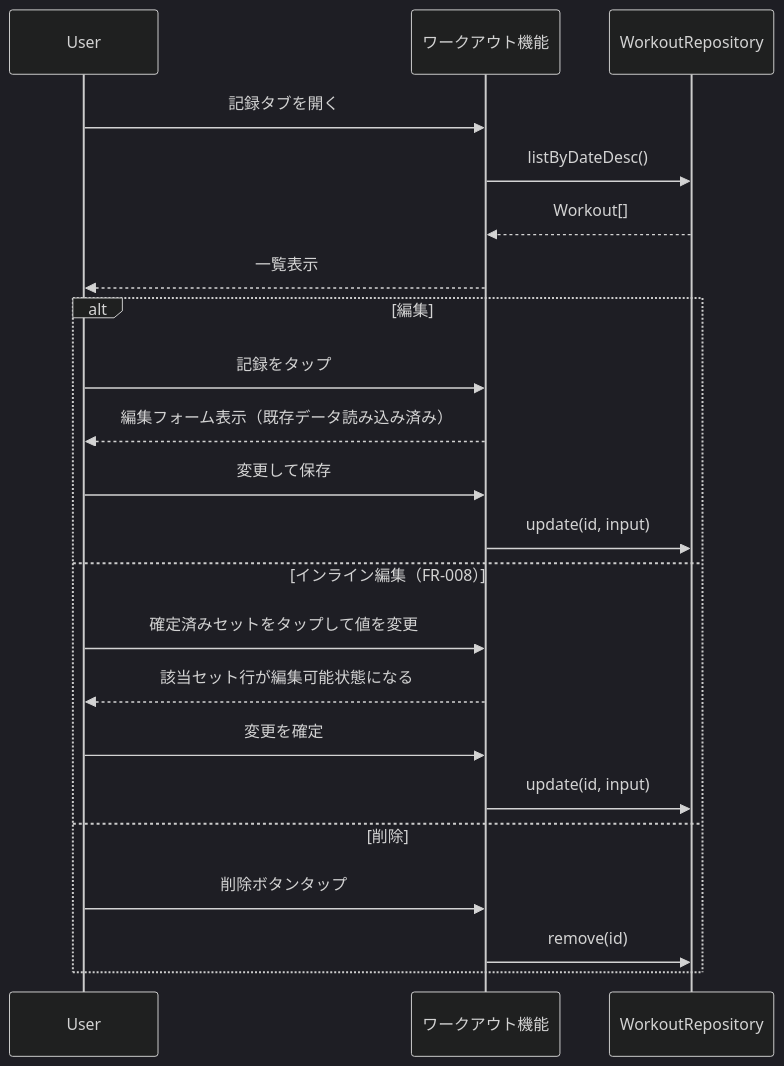
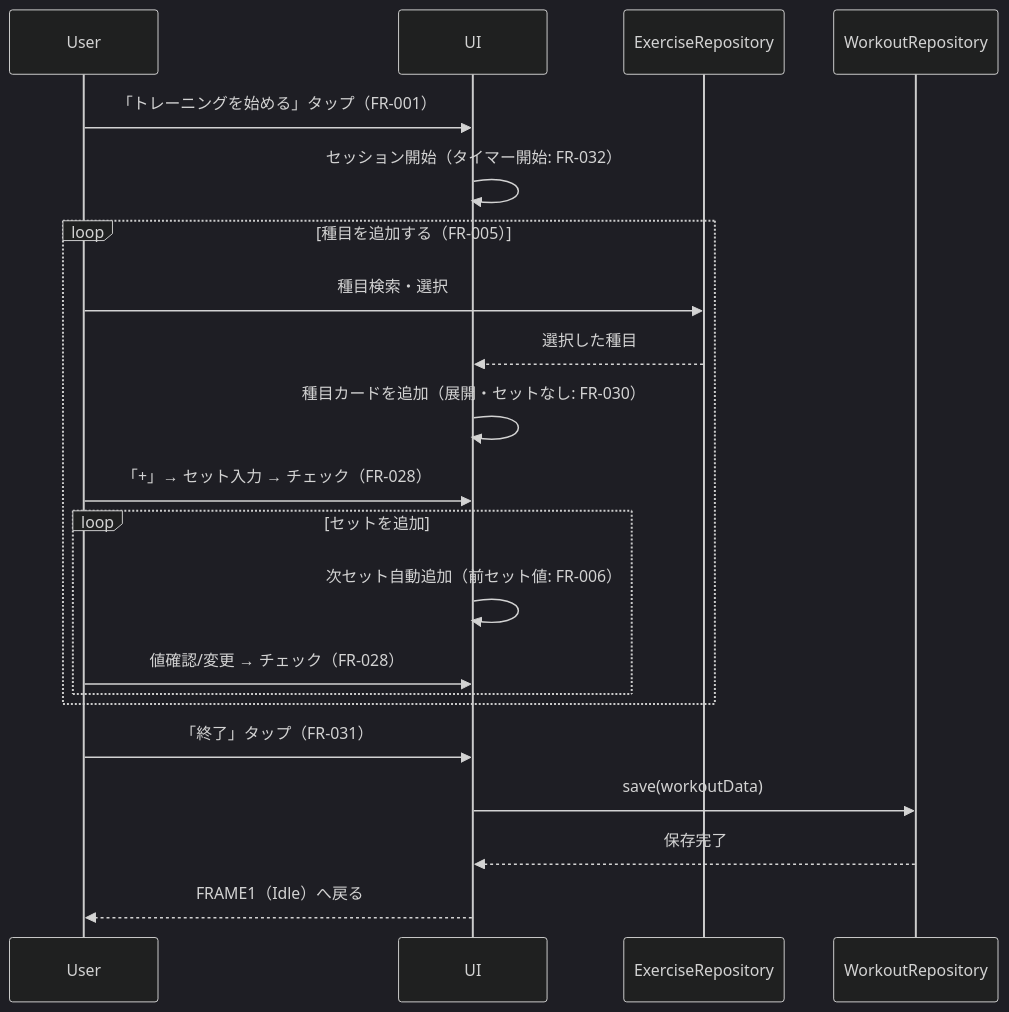
One commit to SakumaTakuya/gymini changed the fourth of 4 diagrams in .sdd/specification/workout/index_spec.md. Above: the diagram before and after it, drawn with Mermaid (dark theme). The commit also changed other lines of this file, not shown here.

````diff
--- a/.sdd/specification/workout/index_spec.md
+++ b/.sdd/specification/workout/index_spec.md
@@ -195,26 +267,27 @@
 ```mermaid
 sequenceDiagram
     participant User
-    participant WorkoutUI as ワークアウト機能
+    participant UI
+    participant ExerciseRepository
     participant WorkoutRepository
 
-    User->>WorkoutUI: 記録タブを開く
-    WorkoutUI->>WorkoutRepository: listByDateDesc()
-    WorkoutRepository-->>WorkoutUI: Workout[]
-    WorkoutUI-->>User: 一覧表示
+    User->>UI: 「トレーニングを始める」タップ（FR-001）
+    UI->>UI: セッション開始（タイマー開始: FR-032）
 
-    alt 編集
-        User->>WorkoutUI: 記録をタップ
-        WorkoutUI-->>User: 編集フォーム表示（既存データ読み込み済み）
-        User->>WorkoutUI: 変更して保存
-        WorkoutUI->>WorkoutRepository: update(id, input)
-    else インライン編集（FR-008）
-        User->>WorkoutUI: 確定済みセットをタップして値を変更
-        WorkoutUI-->>User: 該当セット行が編集可能状態になる
-        User->>WorkoutUI: 変更を確定
-        WorkoutUI->>WorkoutRepository: update(id, input)
-    else 削除
-        User->>WorkoutUI: 削除ボタンタップ
-        WorkoutUI->>WorkoutRepository: remove(id)
+    loop 種目を追加する（FR-005）
+        User->>ExerciseRepository: 種目検索・選択
+        ExerciseRepository-->>UI: 選択した種目
+        UI->>UI: 種目カードを追加（展開・セットなし: FR-030）
+
+        User->>UI: 「+」→ セット入力 → チェック（FR-028）
+        loop セットを追加
+            UI->>UI: 次セット自動追加（前セット値: FR-006）
+            User->>UI: 値確認/変更 → チェック（FR-028）
+        end
     end
+
+    User->>UI: 「終了」タップ（FR-031）
+    UI->>WorkoutRepository: save(workoutData)
+    WorkoutRepository-->>UI: 保存完了
+    UI-->>User: FRAME1（Idle）へ戻る
 ```
````
